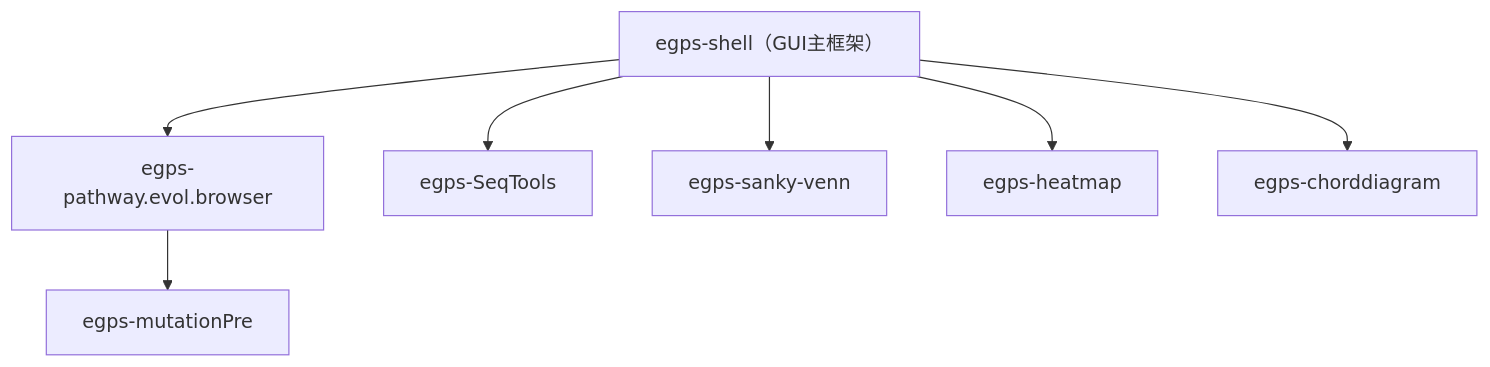
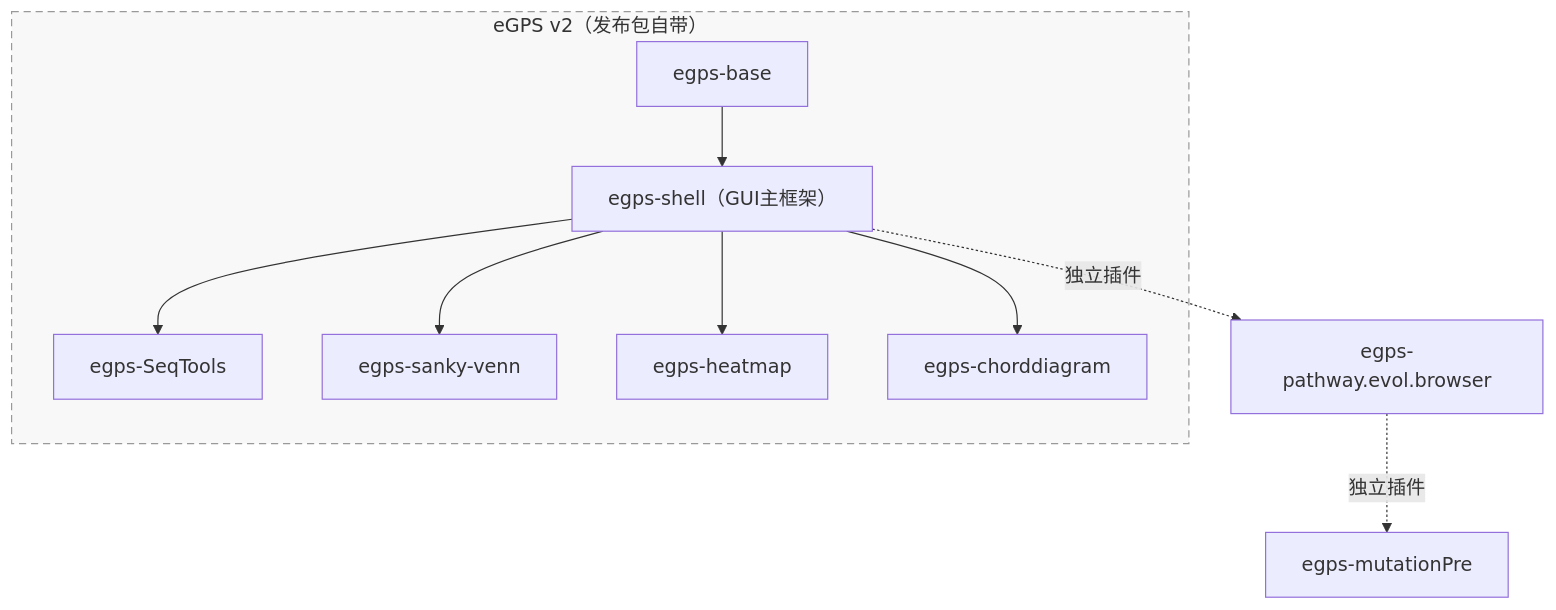
One commit to yudalang3/eGPS_v2 changed the diagram in README_zh.md. Above: the diagram before and after it, drawn with Mermaid. The commit also changed other lines of this file and 1 other file, not shown here.

First line of the commit message:
Refactor README module structure: eGPS v2 core bundle vs independent plugins

````diff
--- a/README_zh.md
+++ b/README_zh.md
@@ -53,9 +37,13 @@
 ```mermaid
 graph TD
-  shell["egps-shell（GUI主框架）"] --> pe[egps-pathway.evol.browser]
-  shell --> seq[egps-SeqTools]
-  pe --> mut[egps-mutationPre]
-  shell --> sankyvenn[egps-sanky-venn]
-  shell --> heat[egps-heatmap]
-  shell --> chord[egps-chorddiagram]
+  subgraph bundle["eGPS v2（发布包自带）"]
+    base[egps-base] --> shell["egps-shell（GUI主框架）"]
+    shell --> seq[egps-SeqTools]
+    shell --> sankyvenn[egps-sanky-venn]
+    shell --> heat[egps-heatmap]
+    shell --> chord[egps-chorddiagram]
+  end
+  shell -.->|独立插件| pe[egps-pathway.evol.browser]
+  pe -.->|独立插件| mut[egps-mutationPre]
+  style bundle fill:#f8f8f8,stroke:#999,stroke-dasharray:6 4
 ```
````
